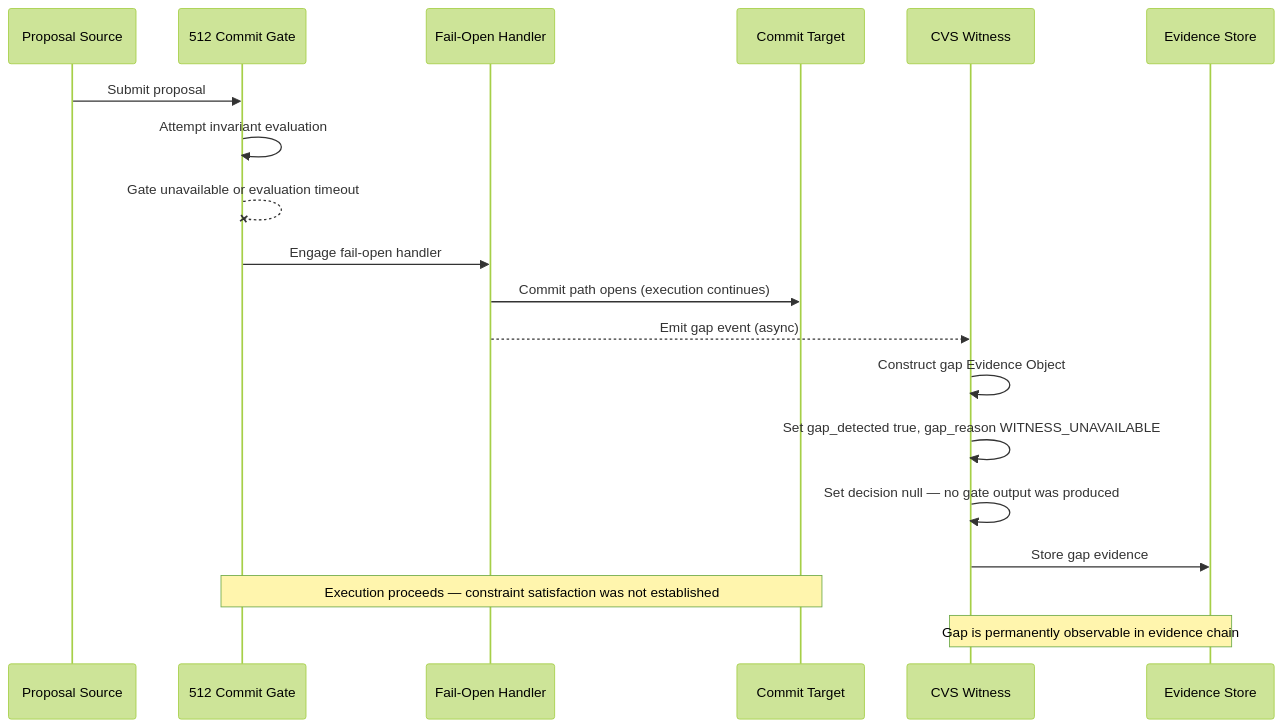
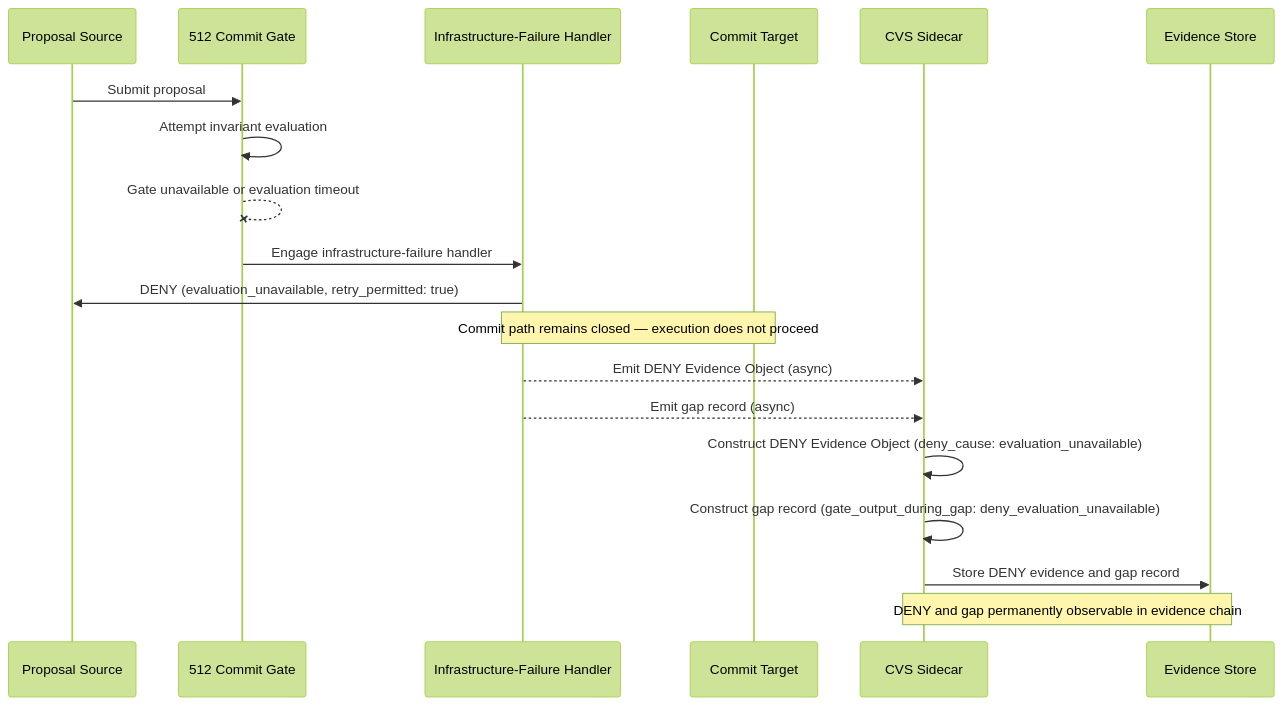
The second of 4 diagrams in diagrams/SEQUENCE.md (JonathanMastersWatson/Evidence-Sidecar), drawn with Mermaid (forest theme) before and after one commit. The commit also changed other lines of this file, not shown here.

Commit message:
Revise gate failure handling in SEQUENCE.md
This update modifies the sequence diagram and text to reflect changes in the handling of gate-layer failures, specifically replacing 'Fail-Open Handler' with 'Infrastructure-Failure Handler' and adjusting the execution flow description accordingly.

````diff
--- a/diagrams/SEQUENCE.md
+++ b/diagrams/SEQUENCE.md
@@ -33,22 +34,22 @@
 ```mermaid
 sequenceDiagram
     participant P as Proposal Source
     participant G as 512 Commit Gate
-    participant F as Fail-Open Handler
+    participant F as Infrastructure-Failure Handler
     participant C as Commit Target
-    participant W as CVS Witness
+    participant W as CVS Sidecar
     participant S as Evidence Store
 
     P->>G: Submit proposal
     G->>G: Attempt invariant evaluation
     G--xG: Gate unavailable or evaluation timeout
-    G->>F: Engage fail-open handler
-    F->>C: Commit path opens (execution continues)
-    F-->>W: Emit gap event (async)
-    W->>W: Construct gap Evidence Object
-    W->>W: Set gap_detected true, gap_reason WITNESS_UNAVAILABLE
-    W->>W: Set decision null — no gate output was produced
-    W->>S: Store gap evidence
-    Note over G,C: Execution proceeds — constraint satisfaction was not established
-    Note over W,S: Gap is permanently observable in evidence chain
+    G->>F: Engage infrastructure-failure handler
+    F->>P: DENY (evaluation_unavailable, retry_permitted: true)
+    Note over F,C: Commit path remains closed — execution does not proceed
+    F-->>W: Emit DENY Evidence Object (async)
+    F-->>W: Emit gap record (async)
+    W->>W: Construct DENY Evidence Object (deny_cause: evaluation_unavailable)
+    W->>W: Construct gap record (gate_output_during_gap: deny_evaluation_unavailable)
+    W->>S: Store DENY evidence and gap record
+    Note over W,S: DENY and gap permanently observable in evidence chain
 ```
````
